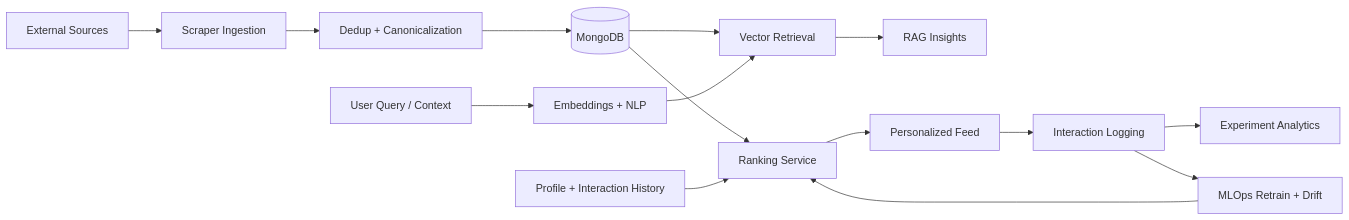
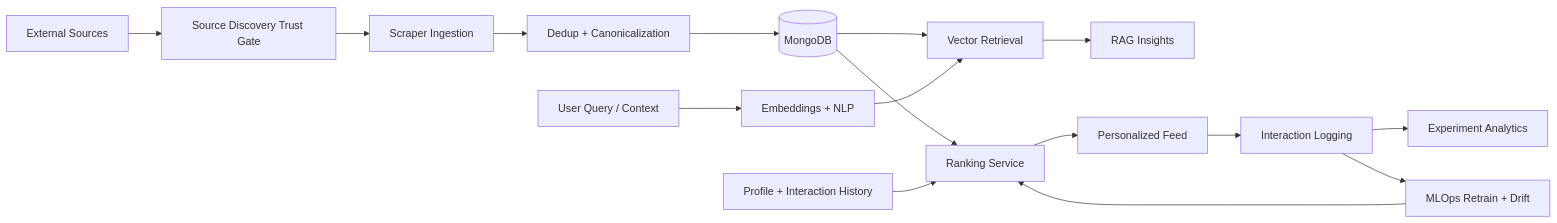
Before and after one commit to ankan00V/Ivy-League-Portal: the diagram in README.md, drawn with Mermaid. The commit also changed other lines of this file and 122 other files, not shown here.

Commit message:
Complete production readiness and source discovery hardening

````diff
--- a/README.md
+++ b/README.md
@@ -32,20 +33,21 @@
 ```mermaid
 flowchart LR
-    A["External Sources"] --> B["Scraper Ingestion"]
+    A["External Sources"] --> A1["Source Discovery Trust Gate"]
+    A1 --> B["Scraper Ingestion"]
     B --> C["Dedup + Canonicalization"]
     C --> D[("MongoDB")]
 
     U["User Query / Context"] --> E["Embeddings + NLP"]
     D --> F["Vector Retrieval"]
     E --> F
     F --> G["RAG Insights"]
 
     D --> H["Ranking Service"]
     I["Profile + Interaction History"] --> H
     H --> J["Personalized Feed"]
 
     J --> K["Interaction Logging"]
     K --> L["Experiment Analytics"]
     K --> M["MLOps Retrain + Drift"]
     M --> H
 ```
````
